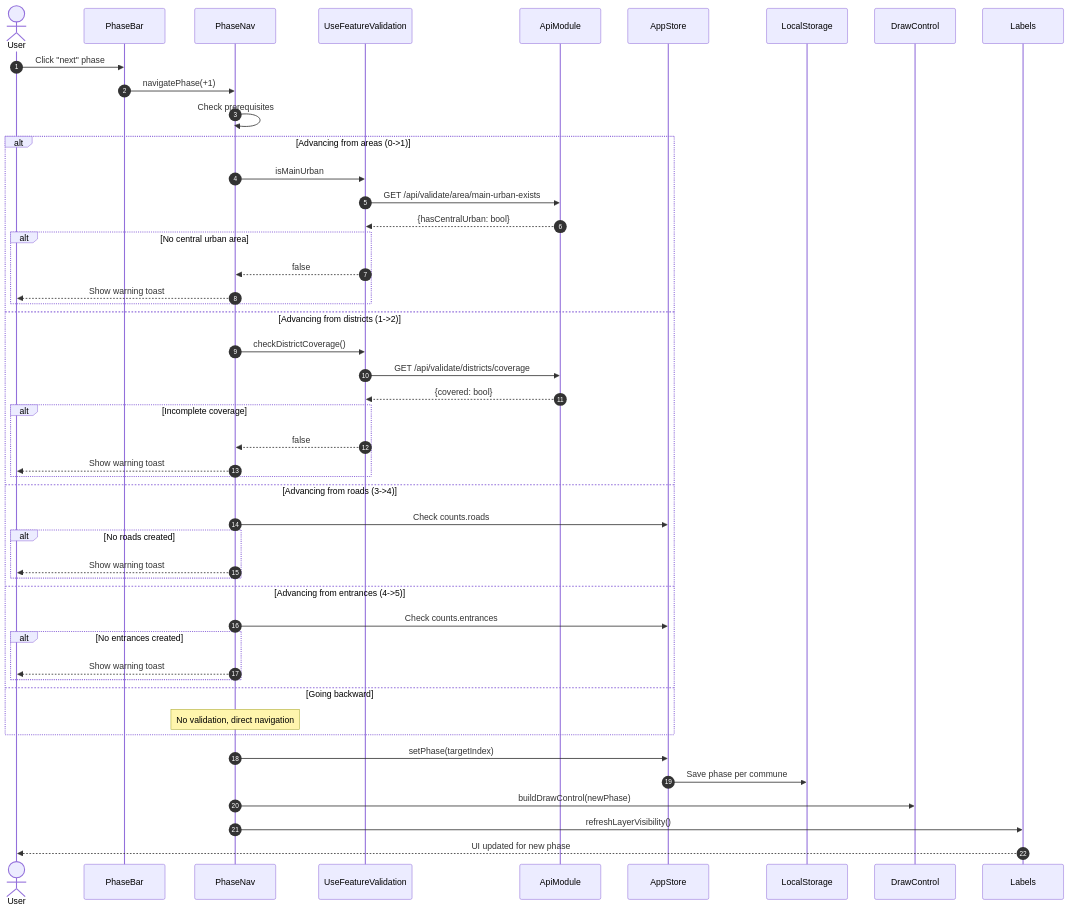
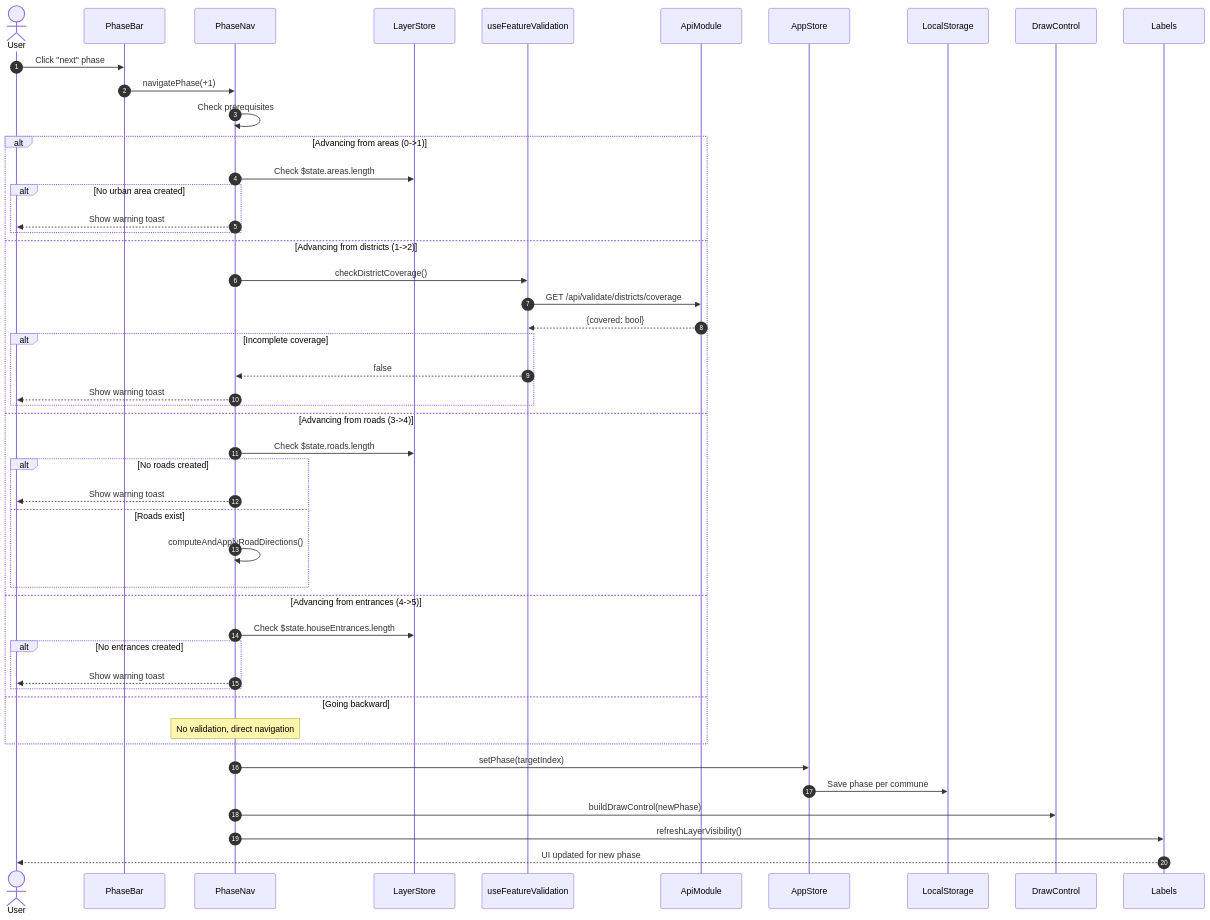
The fourth of 6 diagrams in docs/uml/nars-vite-sequence-diagram.md (Zuhir-Benslama/NARS), drawn with Mermaid before and after one commit. The commit also changed other lines of this file and 42 other files, not shown here.

````diff
--- a/docs/uml/nars-vite-sequence-diagram.md
+++ b/docs/uml/nars-vite-sequence-diagram.md
@@ -193,54 +194,54 @@
 ```mermaid
 sequenceDiagram
     autonumber
     actor User
     participant PhaseBar
     participant PhaseNav
-    participant UseFeatureValidation
+    participant LayerStore
+    participant useFeatureValidation
     participant ApiModule
     participant AppStore
     participant LocalStorage
     participant DrawControl
     participant Labels
 
     User->>PhaseBar: Click "next" phase
     PhaseBar->>PhaseNav: navigatePhase(+1)
 
     PhaseNav->>PhaseNav: Check prerequisites
 
     alt Advancing from areas (0->1)
-        PhaseNav->>UseFeatureValidation: isMainUrban
-        UseFeatureValidation->>ApiModule: GET /api/validate/area/main-urban-exists
-        ApiModule-->>UseFeatureValidation: {hasCentralUrban: bool}
-        alt No central urban area
-            UseFeatureValidation-->>PhaseNav: false
+        PhaseNav->>LayerStore: Check $state.areas.length
+        alt No urban area created
             PhaseNav-->>User: Show warning toast
         end
     else Advancing from districts (1->2)
-        PhaseNav->>UseFeatureValidation: checkDistrictCoverage()
-        UseFeatureValidation->>ApiModule: GET /api/validate/districts/coverage
-        ApiModule-->>UseFeatureValidation: {covered: bool}
+        PhaseNav->>useFeatureValidation: checkDistrictCoverage()
+        useFeatureValidation->>ApiModule: GET /api/validate/districts/coverage
+        ApiModule-->>useFeatureValidation: {covered: bool}
         alt Incomplete coverage
-            UseFeatureValidation-->>PhaseNav: false
+            useFeatureValidation-->>PhaseNav: false
             PhaseNav-->>User: Show warning toast
         end
     else Advancing from roads (3->4)
-        PhaseNav->>AppStore: Check counts.roads
+        PhaseNav->>LayerStore: Check $state.roads.length
         alt No roads created
             PhaseNav-->>User: Show warning toast
+        else Roads exist
+            PhaseNav->>PhaseNav: computeAndApplyRoadDirections()
         end
     else Advancing from entrances (4->5)
-        PhaseNav->>AppStore: Check counts.entrances
+        PhaseNav->>LayerStore: Check $state.houseEntrances.length
         alt No entrances created
             PhaseNav-->>User: Show warning toast
         end
     else Going backward
         Note over PhaseNav: No validation, direct navigation
     end
 
     PhaseNav->>AppStore: setPhase(targetIndex)
     AppStore->>LocalStorage: Save phase per commune
     PhaseNav->>DrawControl: buildDrawControl(newPhase)
     PhaseNav->>Labels: refreshLayerVisibility()
     Labels-->>User: UI updated for new phase
 ```
````
